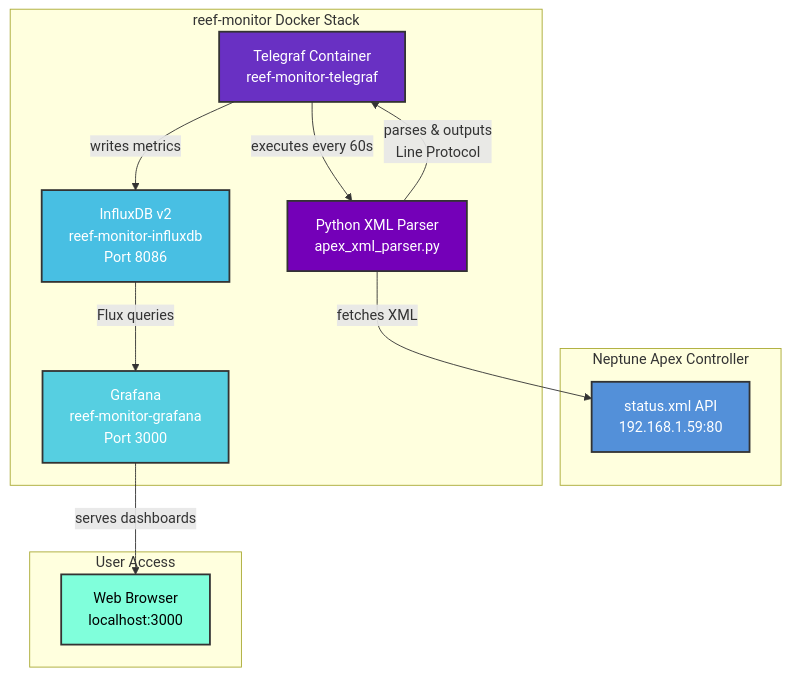
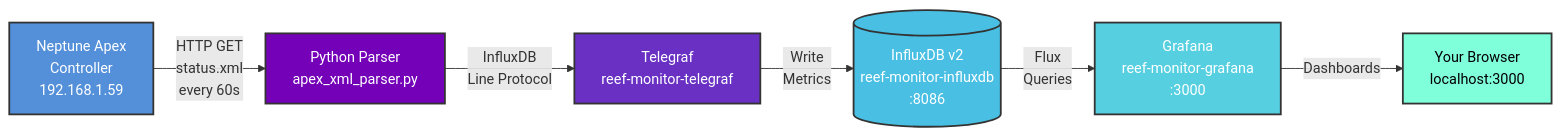
One commit to austin-mackprang/reef-monitor changed the diagram in README.md. Above: the diagram before and after it, drawn with Mermaid.

````diff
--- a/README.md
+++ b/README.md
@@ -94,32 +94,15 @@
 ```mermaid
-graph TB
-    subgraph "Neptune Apex Controller"
-        A[status.xml API<br/>192.168.1.59:80]
-    end
-
-    subgraph "reef-monitor Docker Stack"
-        B[Telegraf Container<br/>reef-monitor-telegraf]
-        C[Python XML Parser<br/>apex_xml_parser.py]
-        D[InfluxDB v2<br/>reef-monitor-influxdb<br/>Port 8086]
-        E[Grafana<br/>reef-monitor-grafana<br/>Port 3000]
-
-        B -->|executes every 60s| C
-        C -->|fetches XML| A
-        C -->|parses & outputs<br/>Line Protocol| B
-        B -->|writes metrics| D
-        D -->|Flux queries| E
-    end
-
-    subgraph "User Access"
-        F[Web Browser<br/>localhost:3000]
-    end
-
-    E -->|serves dashboards| F
+graph LR
+    A[Neptune Apex<br/>Controller<br/>192.168.1.59] -->|HTTP GET<br/>status.xml<br/>every 60s| B[Python Parser<br/>apex_xml_parser.py]
+    B -->|InfluxDB<br/>Line Protocol| C[Telegraf<br/>reef-monitor-telegraf]
+    C -->|Write<br/>Metrics| D[(InfluxDB v2<br/>reef-monitor-influxdb<br/>:8086)]
+    D -->|Flux<br/>Queries| E[Grafana<br/>reef-monitor-grafana<br/>:3000]
+    E -->|Dashboards| F[Your Browser<br/>localhost:3000]
 
     style A fill:#5390d9,stroke:#333,stroke-width:2px,color:#fff
-    style B fill:#6930c3,stroke:#333,stroke-width:2px,color:#fff
-    style C fill:#7400b8,stroke:#333,stroke-width:2px,color:#fff
+    style B fill:#7400b8,stroke:#333,stroke-width:2px,color:#fff
+    style C fill:#6930c3,stroke:#333,stroke-width:2px,color:#fff
     style D fill:#48bfe3,stroke:#333,stroke-width:2px,color:#fff
     style E fill:#56cfe1,stroke:#333,stroke-width:2px,color:#fff
     style F fill:#80ffdb,stroke:#333,stroke-width:2px,color:#000
 ```
````
